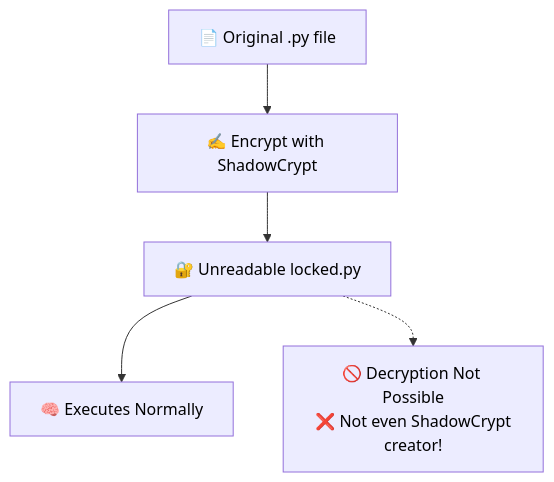
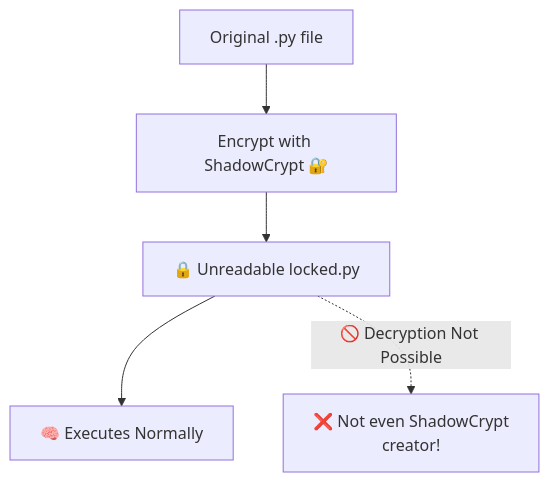
One commit to AFTeam-Owner/shadowcrypt changed the diagram in README.md. Above: the diagram before and after it, drawn with Mermaid. The commit also changed other lines of this file, not shown here.

````diff
--- a/README.md
+++ b/README.md
@@ -27,8 +33,7 @@
 ```mermaid
-%%{ init { 'theme': 'default', 'themeVariables': { 'primaryColor': '#9b59b6', 'edgeLabelBackground':'#ffffff', 'fontSize':'16px', 'fontFamily':'Fira Code', 'textColor': '#000000' } } }%%
 graph TD
-    A[📄 Original .py file] --> B[✍️ Encrypt with ShadowCrypt]
-    B --> C[🔐 Unreadable locked.py]
+    A[Original .py file] --> B[Encrypt with ShadowCrypt 🔐]
+    B --> C[🔒 Unreadable locked.py]
     C --> D[🧠 Executes Normally]
-    C -.-> E[🚫 Decryption Not Possible<br>❌ Not even ShadowCrypt<br>creator!]
+    C -. 🚫 Decryption Not Possible .-> X[❌ Not even ShadowCrypt<br>creator!]
 ```
````
